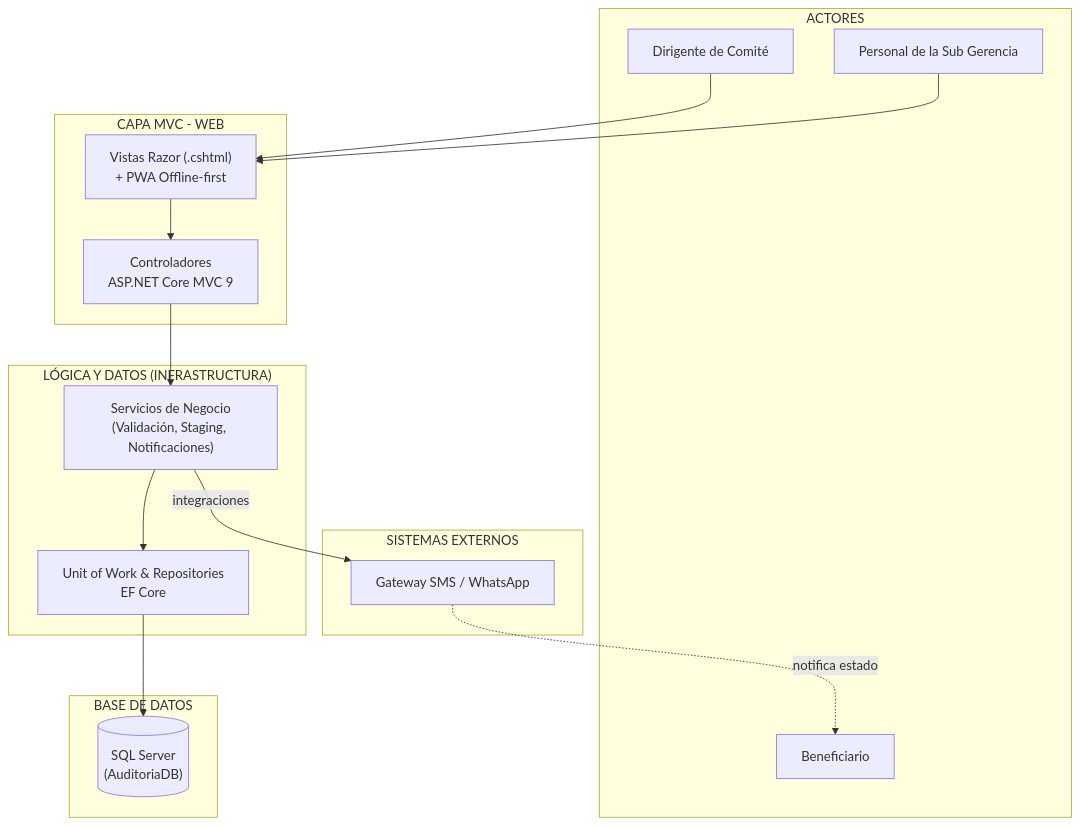
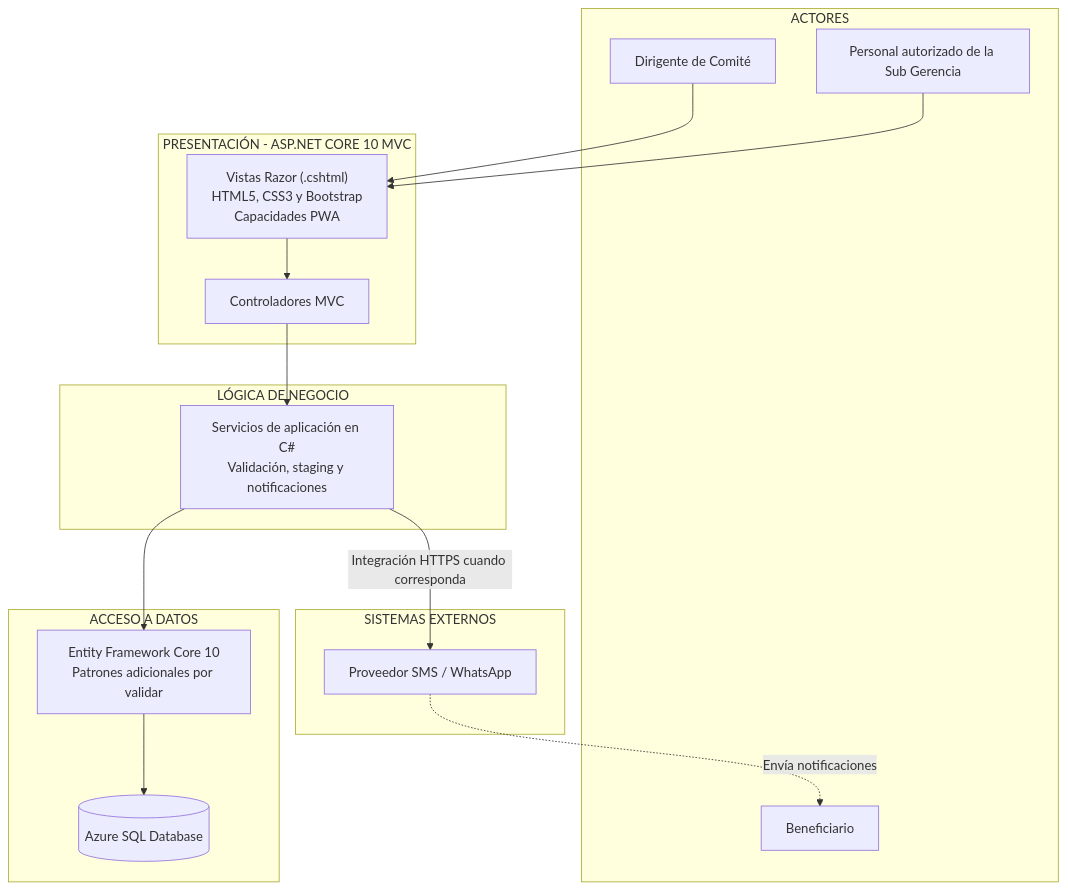
Before and after one commit to Yey-Cardenas/Programas-Sociales: the first of 2 diagrams in arquitectura/arquitectura-inicial.md, drawn with Mermaid. The commit also changed other lines of this file and 2 other files, not shown here.

Commit message:
docs: actualizar diagramas de arquitectura MVC y estilo arquitectonico

````diff
--- a/arquitectura/arquitectura-inicial.md
+++ b/arquitectura/arquitectura-inicial.md
@@ -5,35 +5,36 @@
 ```mermaid
+
 flowchart TD
     subgraph ACTORES["ACTORES"]
         Dirigente["Dirigente de Comité"]
-        SubGerencia["Personal de la Sub Gerencia"]
+        SubGerencia["Personal autorizado de la Sub Gerencia"]
         Beneficiario["Beneficiario"]
     end
 
-    subgraph PRESENTACION["CAPA MVC - WEB"]
-        Vistas["Vistas Razor (.cshtml)<br/>+ PWA Offline-first"]
-        Controladores["Controladores<br/>ASP.NET Core MVC 9"]
+    subgraph PRESENTACION["PRESENTACIÓN - ASP.NET CORE 10 MVC"]
+        Vistas["Vistas Razor (.cshtml)<br/>HTML5, CSS3 y Bootstrap<br/>Capacidades PWA"]
+        Controladores["Controladores MVC"]
     end
 
-    subgraph NEGOCIO["LÓGICA Y DATOS (INFRASTRUCTURA)"]
-        Servicios["Servicios de Negocio<br/>(Validación, Staging, Notificaciones)"]
-        UoW["Unit of Work & Repositories<br/>EF Core"]
+    subgraph NEGOCIO["LÓGICA DE NEGOCIO"]
+        Servicios["Servicios de aplicación en C#<br/>Validación, staging y notificaciones"]
     end
 
-    subgraph DATOS["BASE DE DATOS"]
-        BD[("SQL Server<br/>(AuditoriaDB)")]
+    subgraph DATOS["ACCESO A DATOS"]
+        Persistencia["Entity Framework Core 10<br/>Patrones adicionales por validar"]
+        BD[("Azure SQL Database")]
     end
-    
+
     subgraph EXTERNOS["SISTEMAS EXTERNOS"]
-        Gateway["Gateway SMS / WhatsApp"]
+        Gateway["Proveedor SMS / WhatsApp"]
     end
 
     Dirigente --> Vistas
     SubGerencia --> Vistas
     Vistas --> Controladores
     Controladores --> Servicios
-    Servicios --> UoW
-    UoW --> BD
-    Servicios -->|"integraciones"| Gateway
-    Gateway -.->|"notifica estado"| Beneficiario
+    Servicios --> Persistencia
+    Persistencia --> BD
+    Servicios -->|"Integración HTTPS cuando corresponda"| Gateway
+    Gateway -.->|"Envía notificaciones"| Beneficiario
 ```
````
